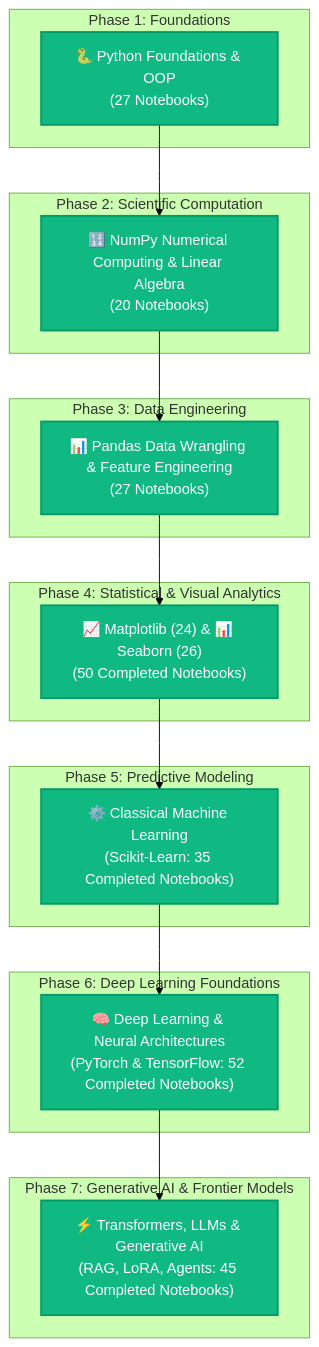
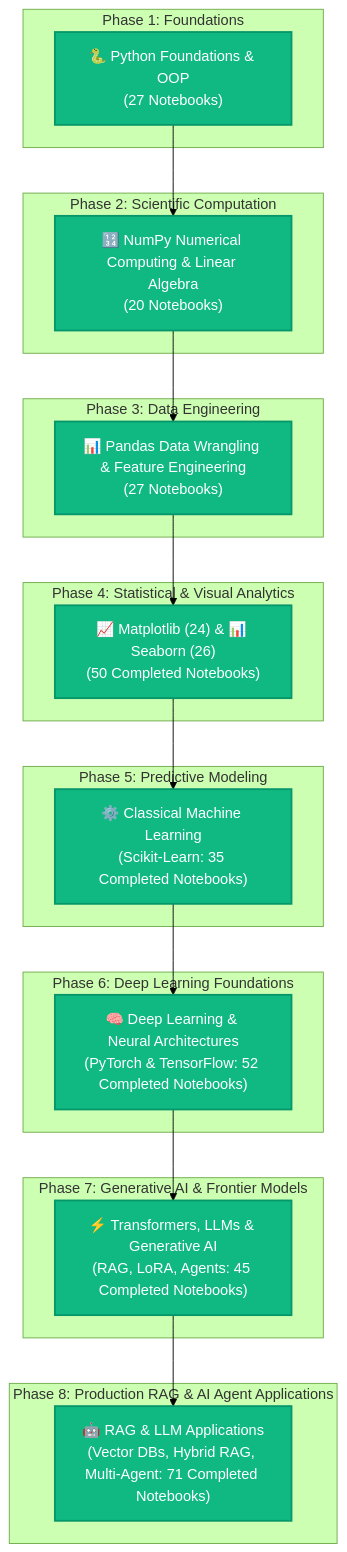
Before and after one commit to VIJAYAPANDIANT/AI-ML-Learning: the diagram in README.md, drawn with Mermaid (forest theme). The commit also changed other lines of this file and 75 other files, not shown here.

Commit message:
feat: add complete 71-notebook RAG and LLM Applications module with documentation and update root README

````diff
--- a/README.md
+++ b/README.md
@@ -112,41 +115,46 @@
 ```mermaid
 flowchart TD
     subgraph S1["Phase 1: Foundations"]
         A["🐍 Python Foundations & OOP<br/>(27 Notebooks)"]
     end
 
     subgraph S2["Phase 2: Scientific Computation"]
         B["🔢 NumPy Numerical Computing & Linear Algebra<br/>(20 Notebooks)"]
     end
 
     subgraph S3["Phase 3: Data Engineering"]
         C["📊 Pandas Data Wrangling & Feature Engineering<br/>(27 Notebooks)"]
     end
 
     subgraph S4["Phase 4: Statistical & Visual Analytics"]
         D["📈 Matplotlib (24) & 📊 Seaborn (26)<br/>(50 Completed Notebooks)"]
     end
 
     subgraph S5["Phase 5: Predictive Modeling"]
         E["⚙️ Classical Machine Learning<br/>(Scikit-Learn: 35 Completed Notebooks)"]
     end
 
     subgraph S6["Phase 6: Deep Learning Foundations"]
         F["🧠 Deep Learning & Neural Architectures<br/>(PyTorch & TensorFlow: 52 Completed Notebooks)"]
     end
 
     subgraph S7["Phase 7: Generative AI & Frontier Models"]
         G["⚡ Transformers, LLMs & Generative AI<br/>(RAG, LoRA, Agents: 45 Completed Notebooks)"]
     end
 
+    subgraph S8["Phase 8: Production RAG & AI Agent Applications"]
+        H["🤖 RAG & LLM Applications<br/>(Vector DBs, Hybrid RAG, Multi-Agent: 71 Completed Notebooks)"]
+    end
+
     A --> B
     B --> C
     C --> D
     D --> E
     E --> F
     F --> G
+    G --> H
 
     classDef completed fill:#10B981,stroke:#059669,stroke-width:2px,color:#ffffff;
     classDef upcoming fill:#3B82F6,stroke:#2563EB,stroke-width:2px,color:#ffffff;
-    class A,B,C,D,E,F,G completed;
+    class A,B,C,D,E,F,G,H completed;
 ```
````
